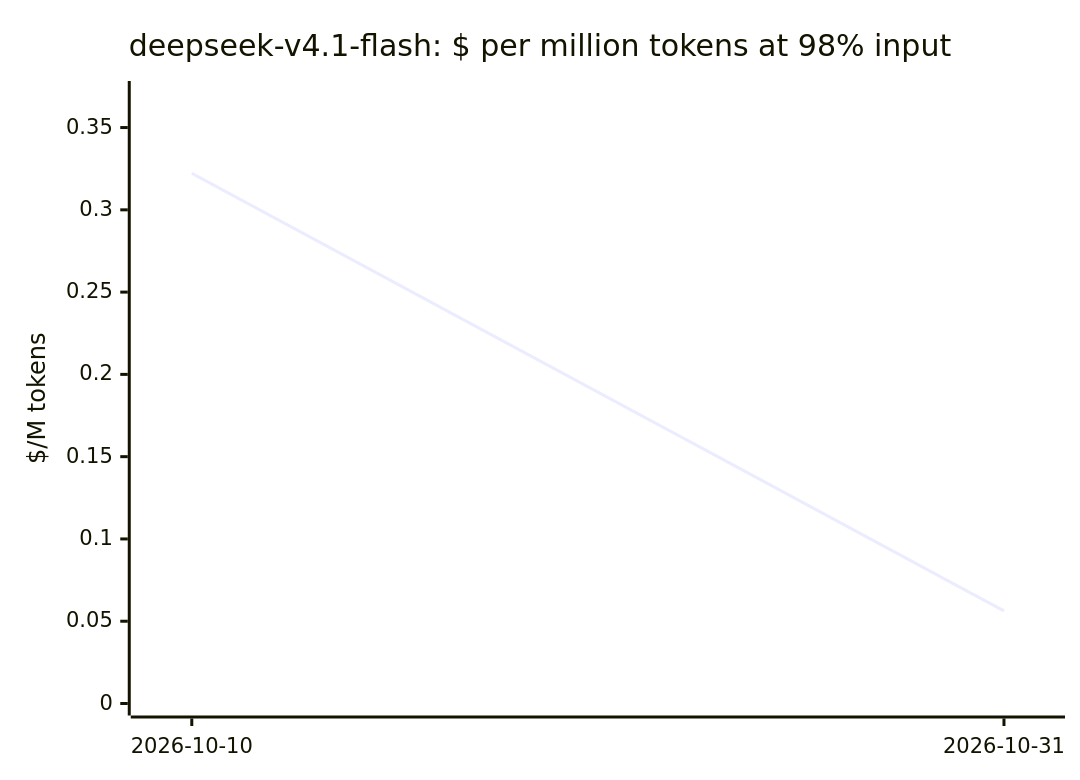
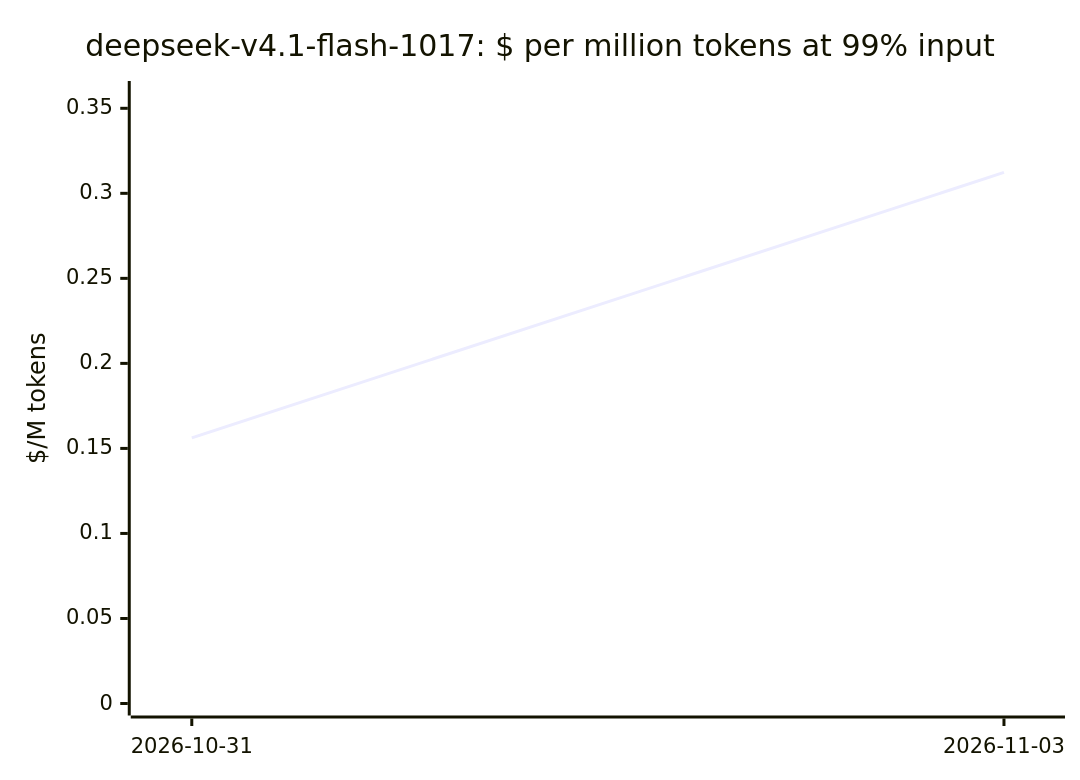
Before and after one commit to cklukas/OMEGA_TRANSFORM: the sixth of 20 diagrams in docs/openrouter-models.md, drawn with Mermaid. The commit also changed other lines of this file and 469 other files, not shown here.

````diff
--- a/docs/openrouter-models.md
+++ b/docs/openrouter-models.md
@@ -189,7 +186,7 @@
 ```mermaid
 xychart-beta
-    title "deepseek-v4.1-flash: $ per million tokens at 98% input"
-    x-axis ["2026-10-10", "2026-10-31"]
-    y-axis "$/M tokens" 0 --> 0.371
-    line [0.3222, 0.05625]
+    title "deepseek-v4.1-flash-1017: $ per million tokens at 99% input"
+    x-axis ["2026-10-31", "2026-11-03"]
+    y-axis "$/M tokens" 0 --> 0.359
+    line [0.1562, 0.3123]
 ```
````
